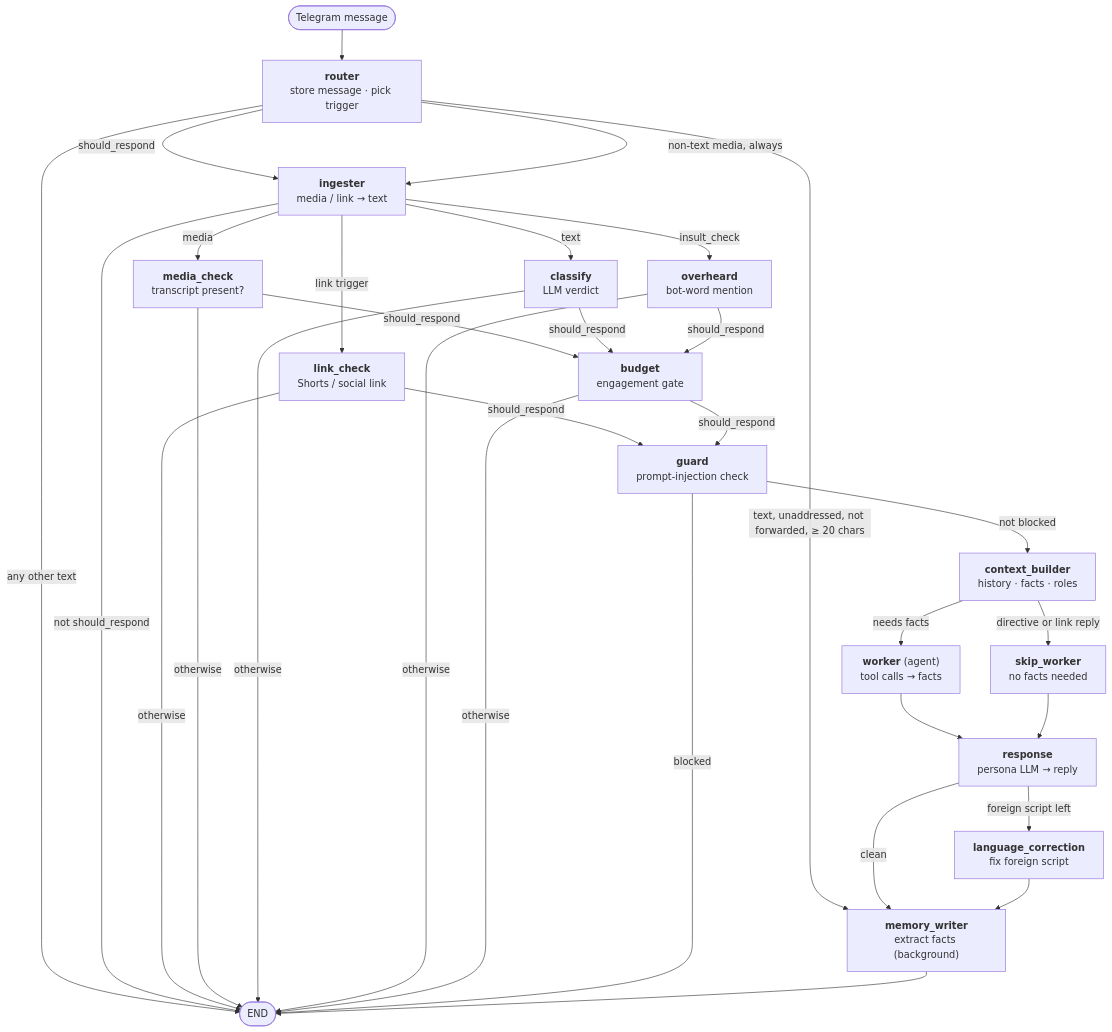
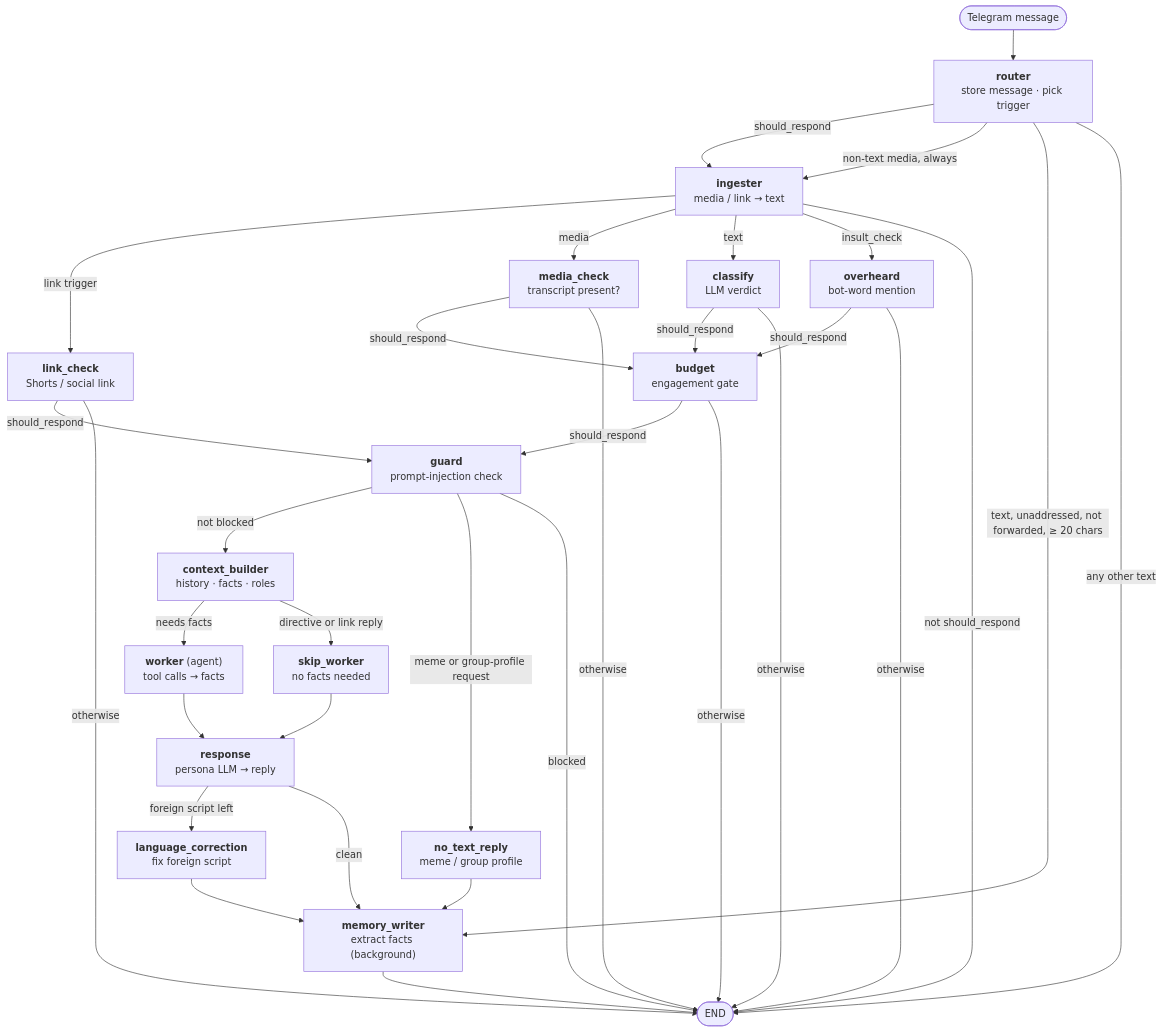
One commit to vsbaldeev/games-chatbot changed the first of 10 diagrams in src/pipeline/README.md. Above: the diagram before and after it, drawn with Mermaid. The commit also changed other lines of this file and 5 other files, not shown here.

Commit message:
refactor: route meme and group-profile requests past the reply nodes

````diff
--- a/src/pipeline/README.md
+++ b/src/pipeline/README.md
@@ -13,52 +13,54 @@
 ```mermaid
 flowchart TD
     start(["Telegram message"]) --> router
 
     router["<b>router</b><br/>store message · pick trigger"]
     ingester["<b>ingester</b><br/>media / link → text"]
     link["<b>link_check</b><br/>Shorts / social link"]
     media["<b>media_check</b><br/>transcript present?"]
     classify["<b>classify</b><br/>LLM verdict"]
     overheard["<b>overheard</b><br/>bot-word mention"]
     budget["<b>budget</b><br/>engagement gate"]
     guard["<b>guard</b><br/>prompt-injection check"]
     ctx["<b>context_builder</b><br/>history · facts · roles"]
     worker["<b>worker</b> (agent)<br/>tool calls → facts"]
     skipw["<b>skip_worker</b><br/>no facts needed"]
+    notext["<b>no_text_reply</b><br/>meme / group profile"]
     response["<b>response</b><br/>persona LLM → reply"]
     lang["<b>language_correction</b><br/>fix foreign script"]
     memory["<b>memory_writer</b><br/>extract facts (background)"]
     stop(["END"])
 
     router -->|"should_respond"| ingester
     router -->|"non-text media, always"| ingester
     router -->|"text, unaddressed, not forwarded, ≥ 20 chars"| memory
     router -->|"any other text"| stop
 
     ingester -->|"link trigger"| link
     ingester -->|"media"| media
     ingester -->|"text"| classify
     ingester -->|"insult_check"| overheard
     ingester -->|"not should_respond"| stop
 
     link -->|"should_respond"| guard
     media -->|"should_respond"| budget
     classify -->|"should_respond"| budget
     overheard -->|"should_respond"| budget
     budget -->|"should_respond"| guard
     link -->|"otherwise"| stop
     media -->|"otherwise"| stop
     classify -->|"otherwise"| stop
     overheard -->|"otherwise"| stop
     budget -->|"otherwise"| stop
 
     guard -->|"not blocked"| ctx
+    guard -->|"meme or group-profile request"| notext --> memory
     guard -->|"blocked"| stop
 
     ctx -->|"needs facts"| worker --> response
     ctx -->|"directive or link reply"| skipw --> response
     response -->|"foreign script left"| lang
     response -->|"clean"| memory
     lang --> memory
     memory --> stop
 ```
````
